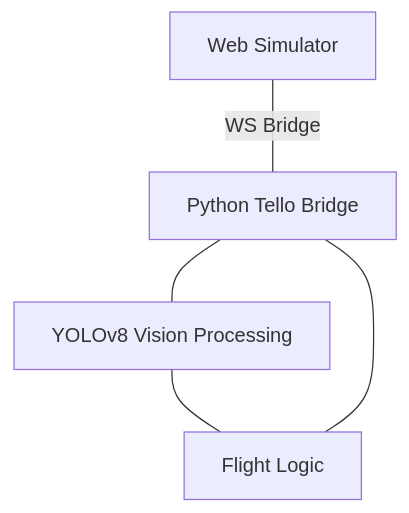
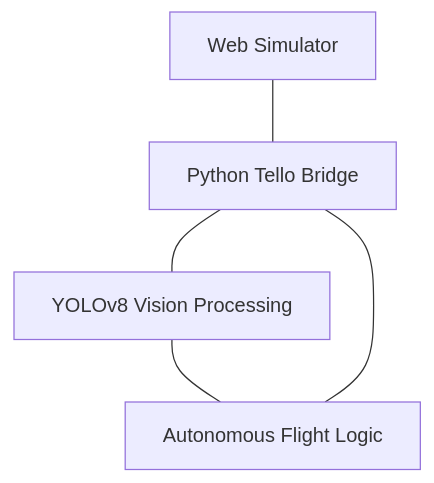
One commit to Leansxd/tello-web changed the diagram in README.md. Above: the diagram before and after it, drawn with Mermaid. The commit also changed other lines of this file, not shown here.

````diff
--- a/README.md
+++ b/README.md
@@ -49,7 +62,7 @@
 ```mermaid
 graph TD
-    A[Web Simulator] ---|WS Bridge| B[Python Tello Bridge]
+    A[Web Simulator] --- B[Python Tello Bridge]
     B --- C[YOLOv8 Vision Processing]
-    C --- D[Flight Logic]
+    C --- D[Autonomous Flight Logic]
     D --- B
 ```
````
